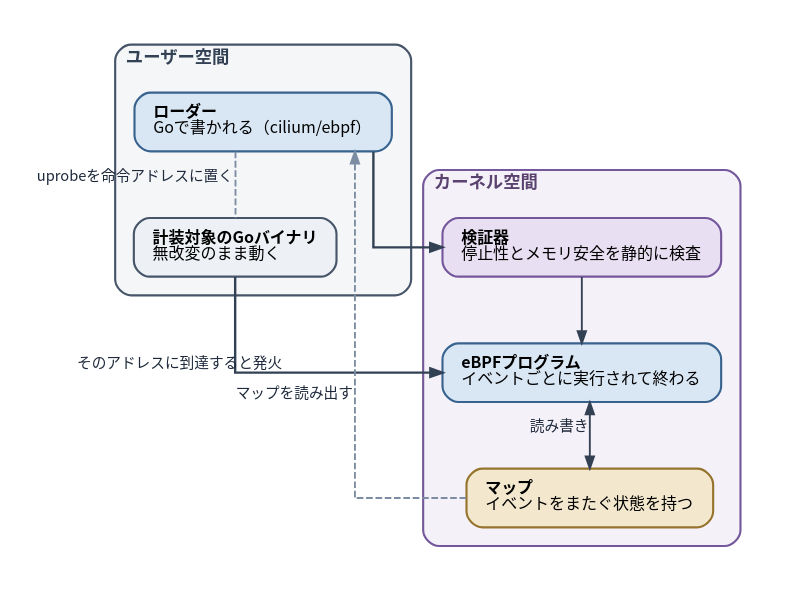
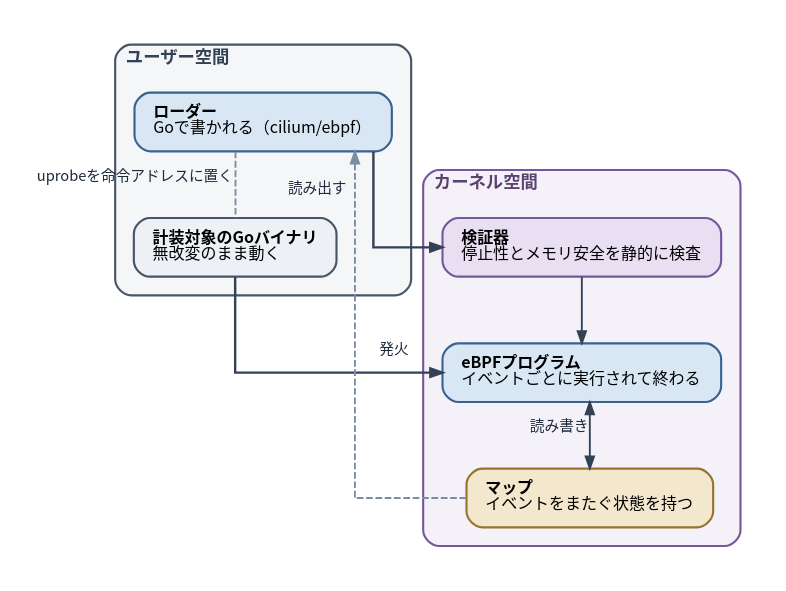
One commit to ymotongpoo/zenn.dev changed the diagram in diagrams/go-ebpf-primer/20260820-ebpf-overview.dot. Above: the diagram before and after it, drawn with Graphviz. The commit also changed 9 other files, not shown here.

First line of the commit message:
fix: 曲線・ラベルの帰属・矢印の形と長さを修正（5図）

```diff
--- a/diagrams/go-ebpf-primer/20260820-ebpf-overview.dot
+++ b/diagrams/go-ebpf-primer/20260820-ebpf-overview.dot
@@ -1,53 +1,57 @@
 // eBPFの全体像
 digraph ebpf_overview {
   graph [
     rankdir=TB, splines=ortho, compound=true,
     fontname="Harano Aji Gothic,Noto Sans CJK JP,IPAGothic", fontsize=13,
     nodesep=1.1, ranksep=0.7,
     bgcolor="white", pad=0.25
   ];
   node [
     fontname="Harano Aji Gothic,Noto Sans CJK JP,IPAGothic", fontsize=12,
     shape=box, style="rounded,filled",
     fillcolor="#F1F5F9", color="#475569", penwidth=1.6,
     margin="0.2,0.14"
   ];
   edge [
     fontname="Harano Aji Gothic,Noto Sans CJK JP,IPAGothic", fontsize=11,
     color="#334155", penwidth=1.4, arrowsize=0.9,
     fontcolor="#1E293B"
   ];
 
   subgraph cluster_user {
     label=<<b>ユーザー空間</b>>;
     style="rounded"; labeljust="l"; penwidth=1.6; margin=14;
     color="#475569"; fontcolor="#334155"; bgcolor="#F4F6F8";
 
     loader [label=<<b>ローダー</b><br align="left"/>Goで書かれる（cilium/ebpf）<br align="left"/>>,
             fillcolor="#D9E7F4", color="#38638F"];
     target [label=<<b>計装対象のGoバイナリ</b><br align="left"/>無改変のまま動く<br align="left"/>>,
             fillcolor="#EDF1F5"];
 
     loader -> target [dir=none, style=dashed, color="#7C8DA3", xlabel="uprobeを命令アドレスに置く"];
   }
 
   subgraph cluster_kernel {
     label=<<b>カーネル空間</b>>;
     style="rounded"; labeljust="l"; penwidth=1.6; margin=14;
     color="#75589C"; fontcolor="#5B4370"; bgcolor="#F5F1F9";
 
     verifier [label=<<b>検証器</b><br align="left"/>停止性とメモリ安全を静的に検査<br align="left"/>>,
               fillcolor="#E9DFF2", color="#75589C"];
     prog [label=<<b>eBPFプログラム</b><br align="left"/>イベントごとに実行されて終わる<br align="left"/>>,
           fillcolor="#D9E7F4", color="#38638F"];
     map [label=<<b>マップ</b><br align="left"/>イベントをまたぐ状態を持つ<br align="left"/>>,
         fillcolor="#F3E8CE", color="#96742E"];
 
     verifier -> prog;
     prog -> map [dir=both, xlabel="読み書き"];
   }
 
   loader -> verifier [penwidth=1.8];
-  target -> prog [penwidth=1.8, xlabel="そのアドレスに到達すると発火"];
-  map -> loader [style=dashed, color="#7C8DA3", xlabel="マップを読み出す"];
+  // この2本は経路が交差するため、xlabel の自動配置ではラベルが交差点の近くに
+  // 並んでどちらの矢印のものか読めなくなる。短い語に詰めたうえで head ラベルを
+  // labeldistance/labelangle で各矢印の到達点のそばに固定する（残りの説明は
+  // 本文とキャプションにある）。
+  target -> prog [penwidth=1.8, headlabel="発火", labeldistance=4.0, labelangle=-25];
+  map -> loader [style=dashed, color="#7C8DA3", headlabel="読み出す", labeldistance=4.0, labelangle=-45];
 }
```
